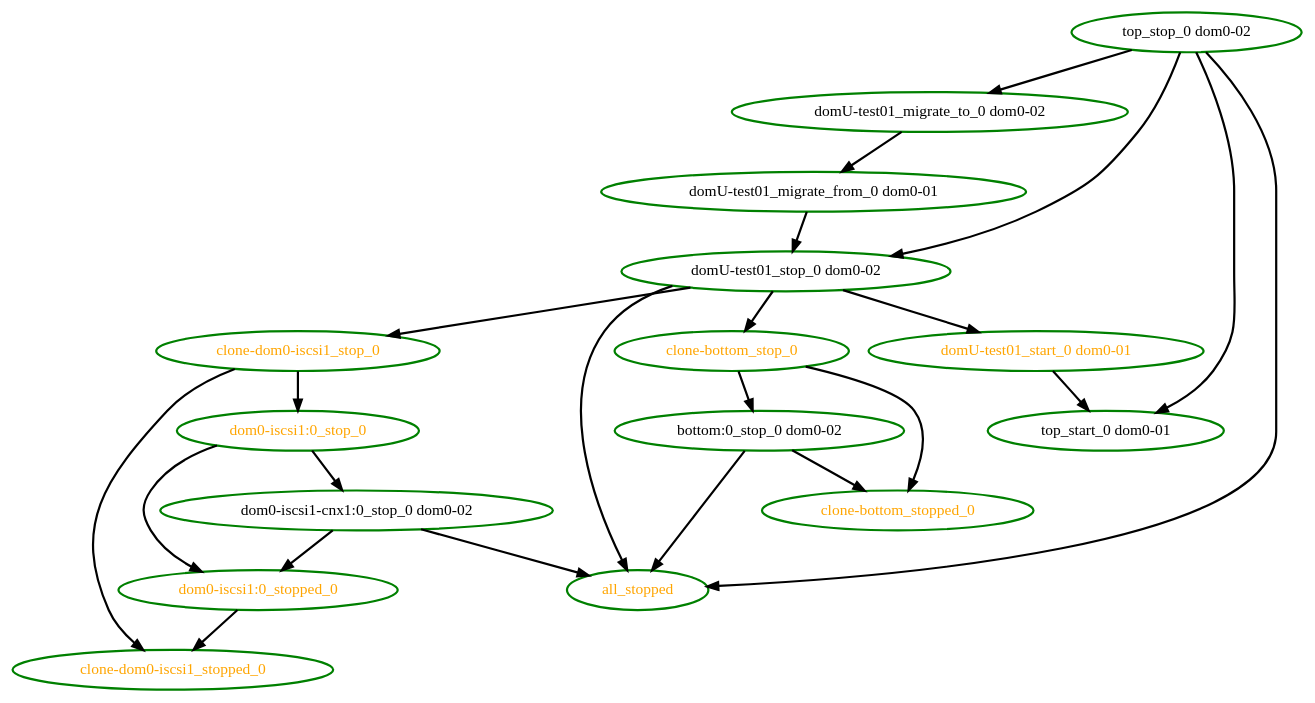
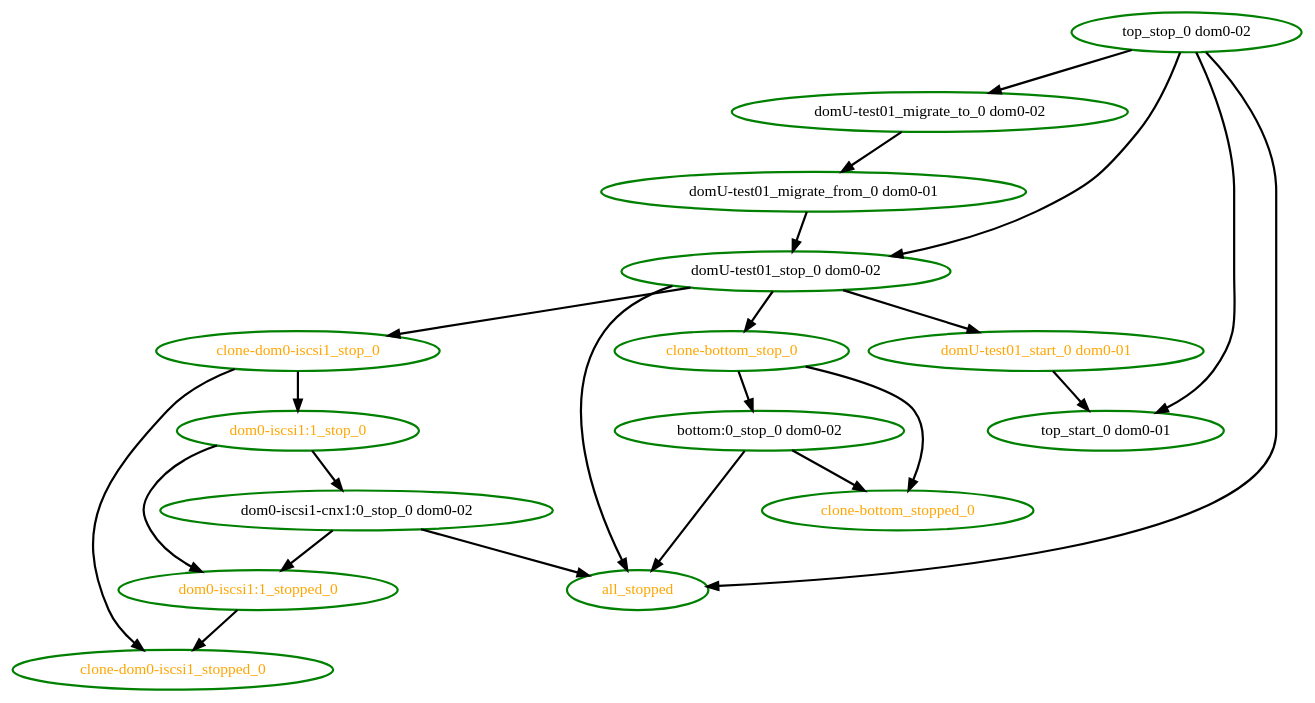
One commit to ClusterLabs/pacemaker changed the diagram in pengine/test10/migrate-stop-complex.dot. Above: the diagram before and after it, drawn with Graphviz. The commit also changed 311 other files, not shown here.

```diff
--- a/pengine/test10/migrate-stop-complex.dot
+++ b/pengine/test10/migrate-stop-complex.dot
@@ -1,39 +1,39 @@
 digraph "g" {
 "all_stopped" [ style=bold color="green" fontcolor="orange" ]
 "bottom:0_stop_0 dom0-02" -> "all_stopped" [ style = bold]
 "bottom:0_stop_0 dom0-02" -> "clone-bottom_stopped_0" [ style = bold]
 "bottom:0_stop_0 dom0-02" [ style=bold color="green" fontcolor="black"]
 "clone-bottom_stop_0" -> "bottom:0_stop_0 dom0-02" [ style = bold]
 "clone-bottom_stop_0" -> "clone-bottom_stopped_0" [ style = bold]
 "clone-bottom_stop_0" [ style=bold color="green" fontcolor="orange" ]
 "clone-bottom_stopped_0" [ style=bold color="green" fontcolor="orange" ]
 "clone-dom0-iscsi1_stop_0" -> "clone-dom0-iscsi1_stopped_0" [ style = bold]
-"clone-dom0-iscsi1_stop_0" -> "dom0-iscsi1:0_stop_0" [ style = bold]
+"clone-dom0-iscsi1_stop_0" -> "dom0-iscsi1:1_stop_0" [ style = bold]
 "clone-dom0-iscsi1_stop_0" [ style=bold color="green" fontcolor="orange" ]
 "clone-dom0-iscsi1_stopped_0" [ style=bold color="green" fontcolor="orange" ]
 "dom0-iscsi1-cnx1:0_stop_0 dom0-02" -> "all_stopped" [ style = bold]
-"dom0-iscsi1-cnx1:0_stop_0 dom0-02" -> "dom0-iscsi1:0_stopped_0" [ style = bold]
+"dom0-iscsi1-cnx1:0_stop_0 dom0-02" -> "dom0-iscsi1:1_stopped_0" [ style = bold]
 "dom0-iscsi1-cnx1:0_stop_0 dom0-02" [ style=bold color="green" fontcolor="black" ]
-"dom0-iscsi1:0_stop_0" -> "dom0-iscsi1-cnx1:0_stop_0 dom0-02" [ style = bold]
-"dom0-iscsi1:0_stop_0" -> "dom0-iscsi1:0_stopped_0" [ style = bold]
-"dom0-iscsi1:0_stop_0" [ style=bold color="green" fontcolor="orange" ]
-"dom0-iscsi1:0_stopped_0" -> "clone-dom0-iscsi1_stopped_0" [ style = bold]
-"dom0-iscsi1:0_stopped_0" [ style=bold color="green" fontcolor="orange" ]
+"dom0-iscsi1:1_stop_0" -> "dom0-iscsi1-cnx1:0_stop_0 dom0-02" [ style = bold]
+"dom0-iscsi1:1_stop_0" -> "dom0-iscsi1:1_stopped_0" [ style = bold]
+"dom0-iscsi1:1_stop_0" [ style=bold color="green" fontcolor="orange"]
+"dom0-iscsi1:1_stopped_0" -> "clone-dom0-iscsi1_stopped_0" [ style = bold]
+"dom0-iscsi1:1_stopped_0" [ style=bold color="green" fontcolor="orange"]
 "domU-test01_migrate_from_0 dom0-01" -> "domU-test01_stop_0 dom0-02" [ style = bold]
 "domU-test01_migrate_from_0 dom0-01" [ style=bold color="green" fontcolor="black" ]
 "domU-test01_migrate_to_0 dom0-02" -> "domU-test01_migrate_from_0 dom0-01" [ style = bold]
 "domU-test01_migrate_to_0 dom0-02" [ style=bold color="green" fontcolor="black" ]
 "domU-test01_start_0 dom0-01" -> "top_start_0 dom0-01" [ style = bold]
 "domU-test01_start_0 dom0-01" [ style=bold color="green" fontcolor="orange" ]
 "domU-test01_stop_0 dom0-02" -> "all_stopped" [ style = bold]
 "domU-test01_stop_0 dom0-02" -> "clone-bottom_stop_0" [ style = bold]
 "domU-test01_stop_0 dom0-02" -> "clone-dom0-iscsi1_stop_0" [ style = bold]
 "domU-test01_stop_0 dom0-02" -> "domU-test01_start_0 dom0-01" [ style = bold]
 "domU-test01_stop_0 dom0-02" [ style=bold color="green" fontcolor="black" ]
 "top_start_0 dom0-01" [ style=bold color="green" fontcolor="black" ]
 "top_stop_0 dom0-02" -> "all_stopped" [ style = bold]
 "top_stop_0 dom0-02" -> "domU-test01_migrate_to_0 dom0-02" [ style = bold]
 "top_stop_0 dom0-02" -> "domU-test01_stop_0 dom0-02" [ style = bold]
 "top_stop_0 dom0-02" -> "top_start_0 dom0-01" [ style = bold]
 "top_stop_0 dom0-02" [ style=bold color="green" fontcolor="black" ]
 }
```
